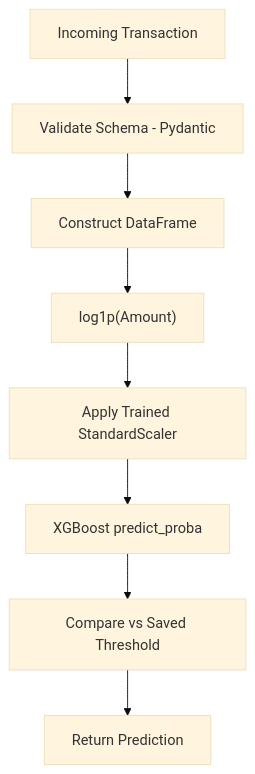
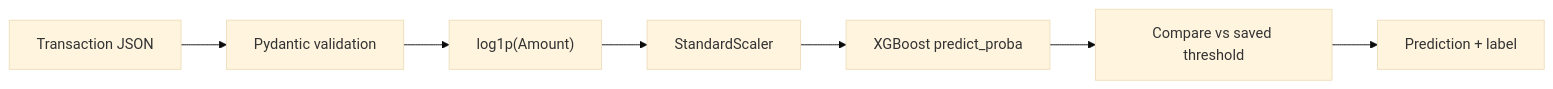
One commit to KashishPundir/CreditCard-Fraud-Detection changed the third of 4 diagrams in README.md. Above: the diagram before and after it, drawn with Mermaid (base theme). The commit also changed other lines of this file, not shown here.

````diff
--- a/README.md
+++ b/README.md
@@ -446,10 +297,9 @@
 ```mermaid
-flowchart TD
-    A[Incoming Transaction] --> B[Validate Schema - Pydantic]
-    B --> C[Construct DataFrame]
-    C --> D["log1p(Amount)"]
-    D --> E[Apply Trained StandardScaler]
-    E --> F["XGBoost predict_proba"]
-    F --> G[Compare vs Saved Threshold]
-    G --> H[Return Prediction]
+flowchart LR
+    A[Transaction JSON] --> B[Pydantic validation]
+    B --> C["log1p(Amount)"]
+    C --> D[StandardScaler]
+    D --> E["XGBoost predict_proba"]
+    E --> F[Compare vs saved threshold]
+    F --> G[Prediction + label]
 ```
````
